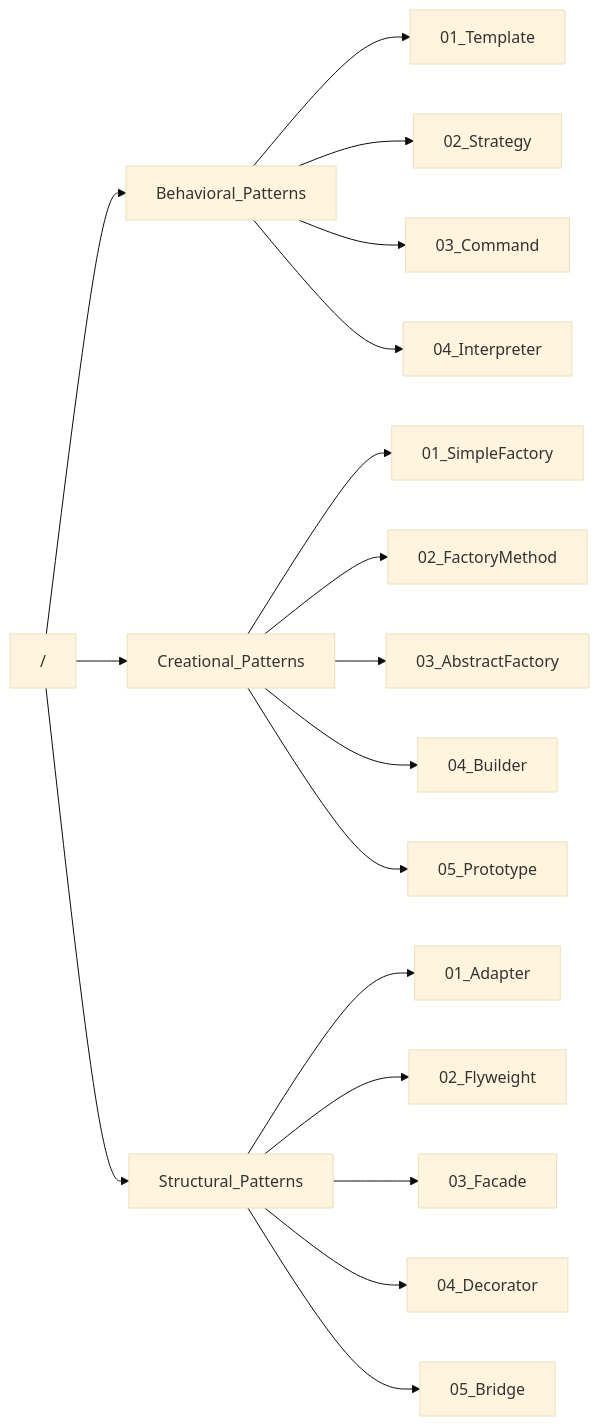
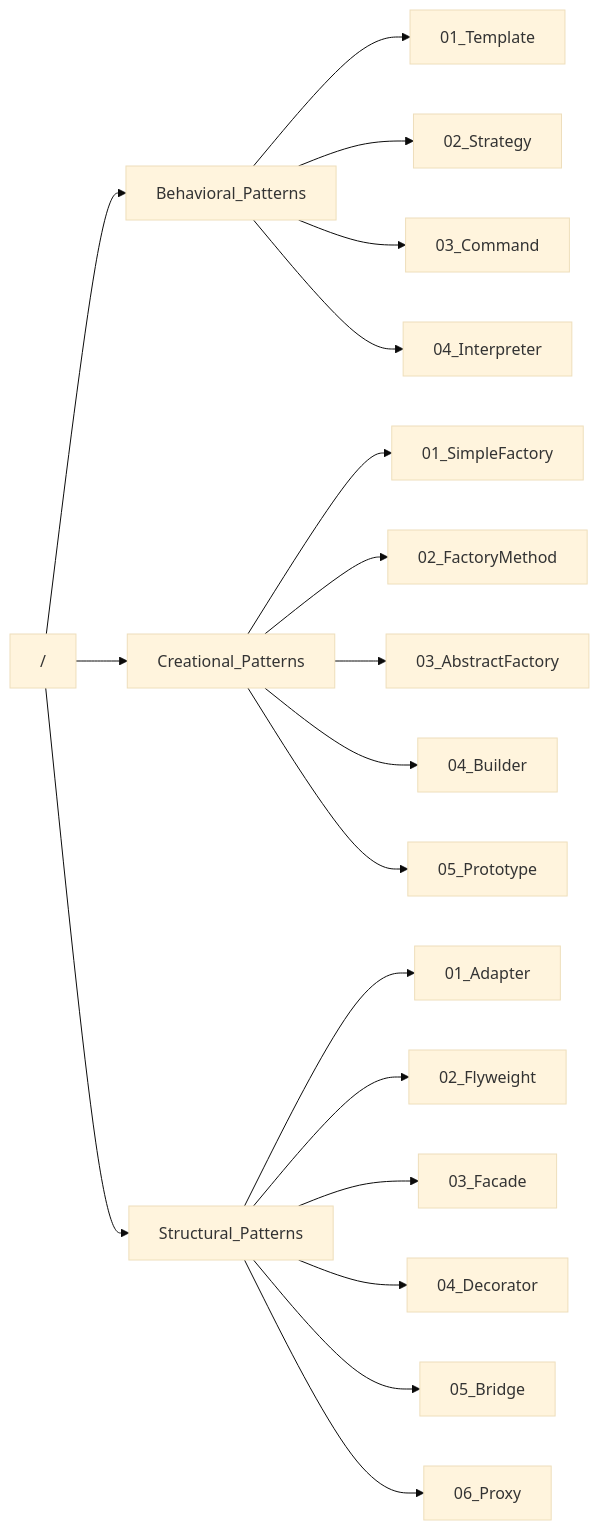
One commit to Wwwmmxxx/design-pattern changed the diagram in README.md. Above: the diagram before and after it, drawn with Mermaid (base theme).

````diff
--- a/README.md
+++ b/README.md
@@ -9,23 +9,25 @@
 ```mermaid
 graph LR;
 
 / --> Behavioral_Patterns
 Behavioral_Patterns --> 01_Template
 Behavioral_Patterns --> 02_Strategy
 Behavioral_Patterns --> 03_Command
 Behavioral_Patterns --> 04_Interpreter
 
 / --> Creational_Patterns
 Creational_Patterns --> 01_SimpleFactory
 Creational_Patterns --> 02_FactoryMethod
 Creational_Patterns --> 03_AbstractFactory
 Creational_Patterns --> 04_Builder
 Creational_Patterns --> 05_Prototype
 
 / --> Structural_Patterns
 Structural_Patterns --> 01_Adapter
 Structural_Patterns --> 02_Flyweight
 Structural_Patterns --> 03_Facade
 Structural_Patterns --> 04_Decorator
 Structural_Patterns --> 05_Bridge
+Structural_Patterns --> 06_Proxy
+
 ```
````
